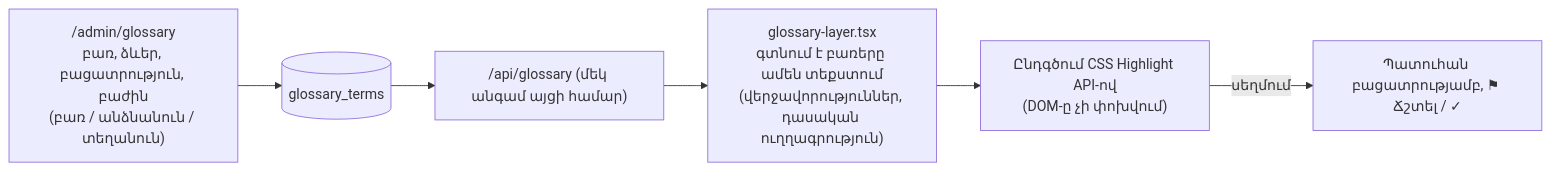
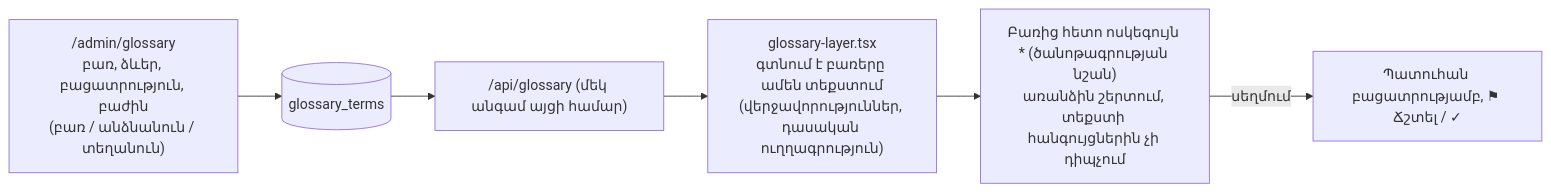
Before and after one commit to T0n0yan/armenian-apostolic-digital-library: diagram 13 of 24 in docs/ARCHITECTURE.md, drawn with Mermaid. The commit also changed 5 other files, not shown here.

````diff
--- a/docs/ARCHITECTURE.md
+++ b/docs/ARCHITECTURE.md
@@ -378,8 +378,8 @@
 ```mermaid
 flowchart LR
   ADM["/admin/glossary<br/>բառ, ձևեր, բացատրություն, բաժին<br/>(բառ / անձնանուն / տեղանուն)"] --> GT[("glossary_terms")]
   GT --> API["/api/glossary (մեկ անգամ այցի համար)"]
   API --> L["glossary-layer.tsx<br/>գտնում է բառերը ամեն տեքստում<br/>(վերջավորություններ, դասական ուղղագրություն)"]
-  L --> HL["Ընդգծում CSS Highlight API-ով<br/>(DOM-ը չի փոխվում)"]
+  L --> HL["Բառից հետո ոսկեգույն * (ծանոթագրության նշան)<br/>առանձին շերտում, տեքստի հանգույցներին չի դիպչում"]
   HL -->|"սեղմում"| CARD["Պատուհան բացատրությամբ, ⚑ Ճշտել / ✓"]
 ```
````
